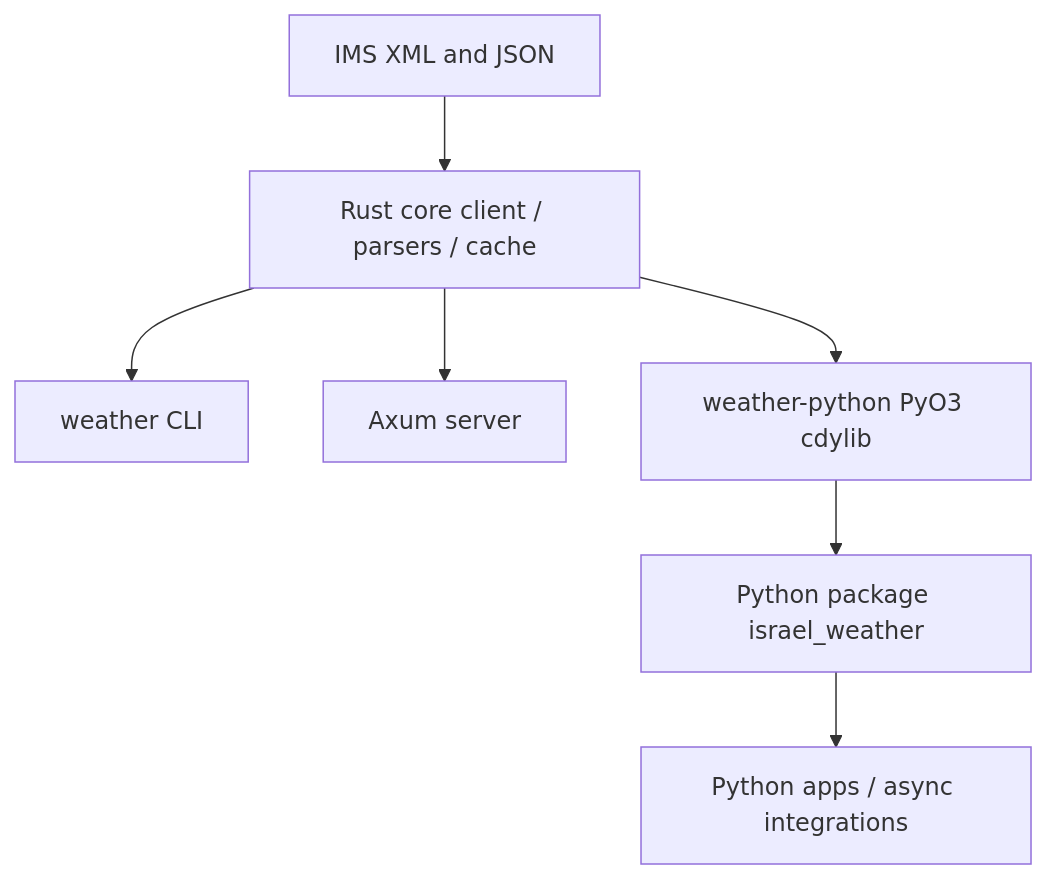
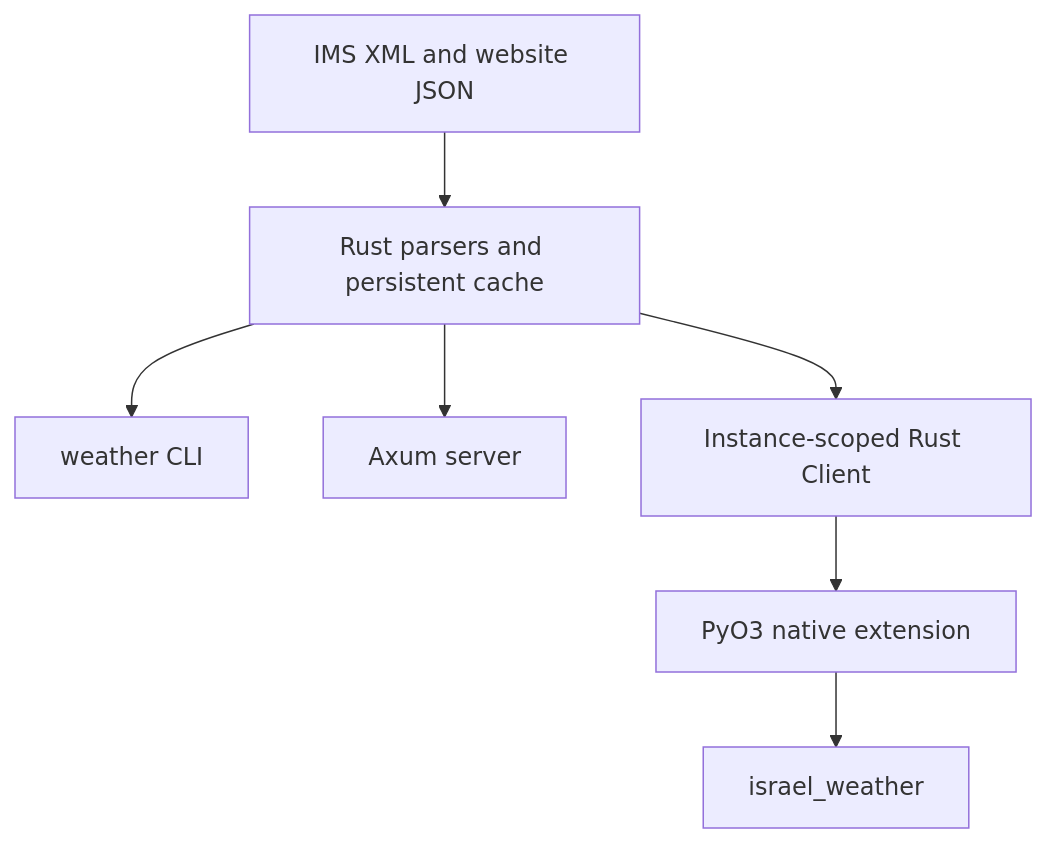
The diagram in docs/python-bindings.md (barakplasma/israel-weather-rs), drawn with Mermaid before and after one commit. The commit also changed other lines of this file and 20 other files, not shown here.

First line of the commit message:
Native Python client with PyO3 and ABI3 wheel CI (#51)

````diff
--- a/docs/python-bindings.md
+++ b/docs/python-bindings.md
@@ -9,9 +5,9 @@
 ```mermaid
 flowchart TD
-  IMS[IMS XML and JSON] --> Core[Rust core client / parsers / cache]
-  Core --> CLI[weather CLI]
-  Core --> Server[Axum server]
-  Core --> Bind[weather-python PyO3 cdylib]
-  Bind --> Python[Python package israel_weather]
-  Python --> HA[Python apps / async integrations]
+    IMS[IMS XML and website JSON] --> Core[Rust parsers and persistent cache]
+    Core --> CLI[weather CLI]
+    Core --> Server[Axum server]
+    Core --> Client[Instance-scoped Rust Client]
+    Client --> Bind[PyO3 native extension]
+    Bind --> Python[israel_weather]
 ```
````
